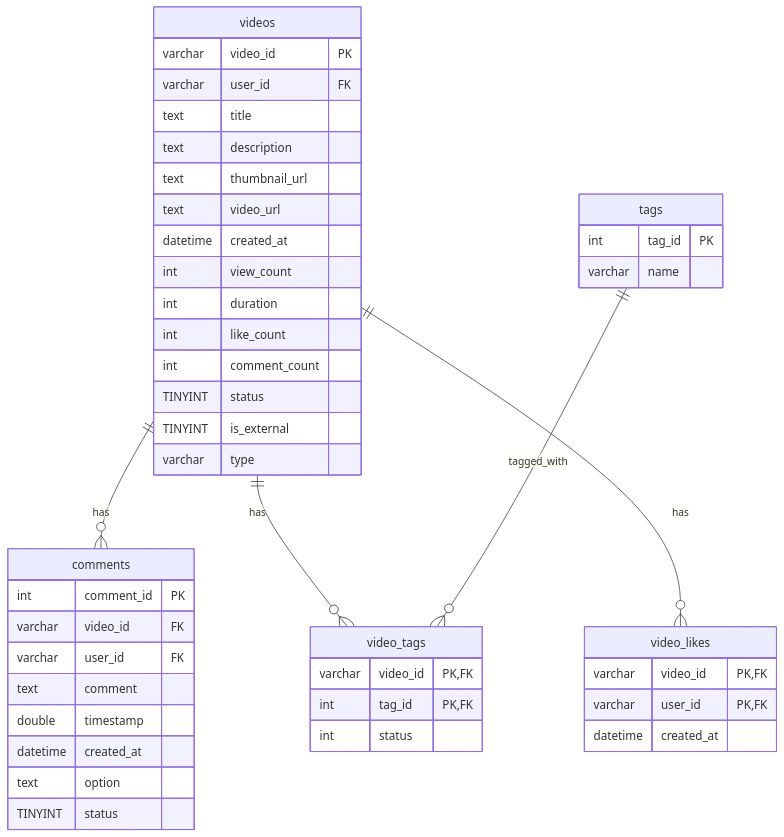
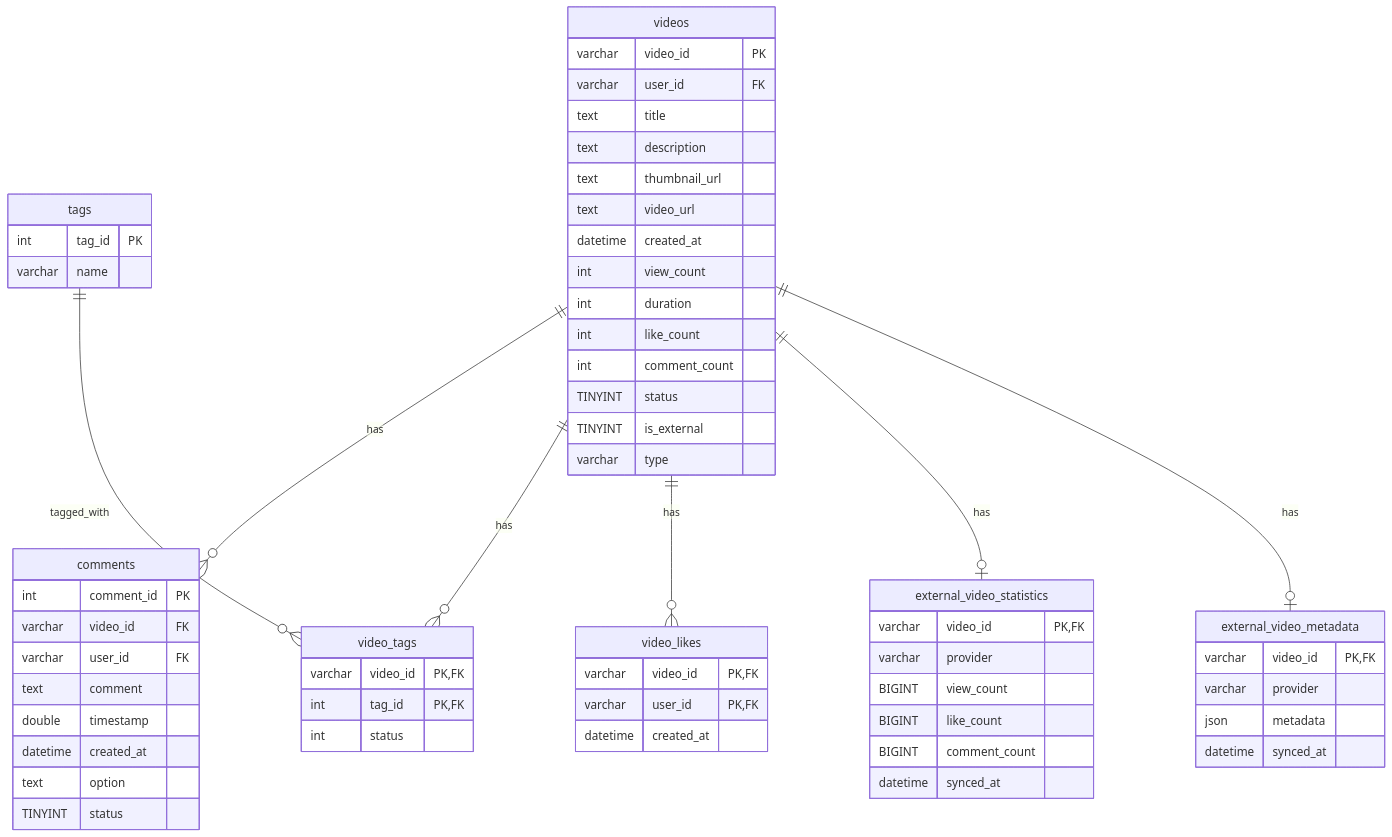
The diagram in docs/schema.md (traP-jp/playbacQ), drawn with Mermaid before and after one commit. The commit also changed 11 other files, not shown here.

````diff
--- a/docs/schema.md
+++ b/docs/schema.md
@@ -3,51 +3,68 @@
 ```mermaid
 erDiagram  
   videos {
 	varchar video_id PK
 	varchar user_id FK
 	text title
 	text description
 	text thumbnail_url
 	text video_url
 	datetime created_at
 	int view_count
 	int duration
 	int like_count
 	int comment_count
 	TINYINT status
 	TINYINT is_external
 	varchar type
+  }
+  external_video_statistics {
+	varchar video_id PK,FK
+	varchar provider
+	BIGINT view_count
+	BIGINT like_count
+	BIGINT comment_count
+	datetime synced_at
+  }
+	
+  external_video_metadata {
+	varchar video_id PK,FK
+	varchar provider
+	json metadata
+	datetime synced_at
   }
   comments {
 	int comment_id PK
 	varchar video_id FK
 	varchar user_id FK
 	text comment
 	double timestamp
 	datetime created_at
 	text option
 	TINYINT status
   }
 
   video_likes {
 	varchar video_id PK,FK
 	varchar user_id PK,FK
 	datetime created_at
   }
   
   tags {
 	int tag_id PK
 	varchar name
   }
 
   video_tags {
 	varchar video_id PK,FK
 	int tag_id PK,FK
 	int status
   }
   
   videos||--o{comments : has
   videos||--o{video_tags : has
   tags||--o{video_tags : tagged_with
   videos||--o{video_likes : has
+  videos||--o|external_video_statistics : has
+  videos||--o|external_video_metadata : has
 ```
````
